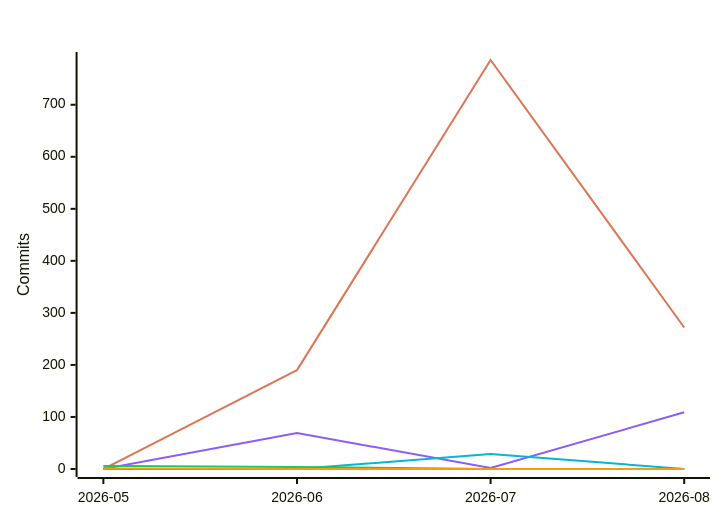
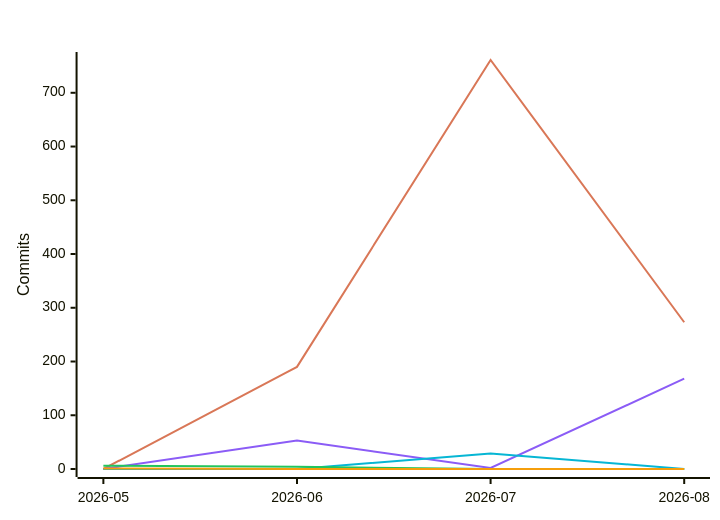
The fifth of 7 diagrams in README.md (polo-nyan/polo-nyan), drawn with Mermaid before and after one commit. The commit also changed other lines of this file and 1 other file, not shown here.

````diff
--- a/README.md
+++ b/README.md
@@ -313,12 +313,12 @@
 ```mermaid
 %%{init: {"xyChart": {"titleColor": "#ffffff", "xAxisLabelColor": "#ffffff", "yAxisLabelColor": "#ffffff"}, "themeVariables": {"xyChart": {"titleColor": "#ffffff", "plotColorPalette": "#d97757, #8b5cf6, #06b6d4, #22c55e, #f59e0b, #ec4899"}}}}%%
 xychart-beta
     title "Commits Per Month by Model Family"
     x-axis ["2026-05", "2026-06", "2026-07", "2026-08"]
     y-axis "Commits"
-    line [0, 190, 786, 272]
-    line [0, 69, 2, 109]
+    line [0, 190, 761, 273]
+    line [0, 53, 2, 168]
     line [0, 0, 29, 0]
     line [6, 4, 0, 0]
     line [1, 0, 0, 0]
 ```
````
